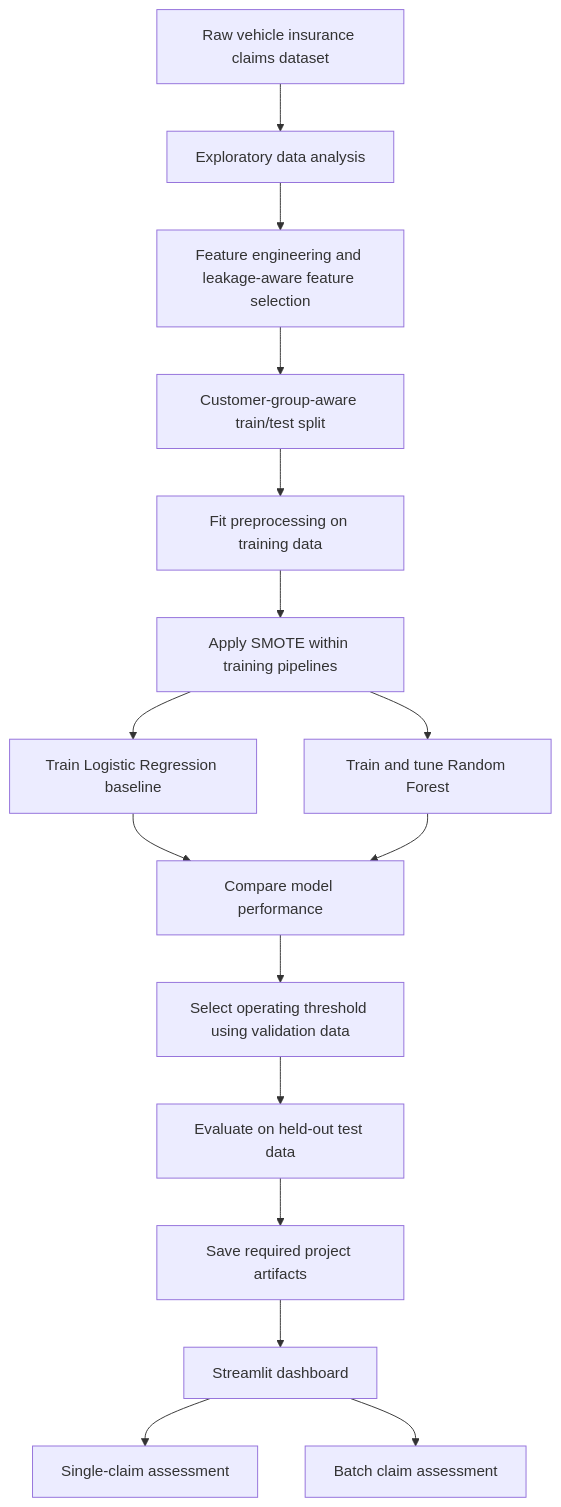
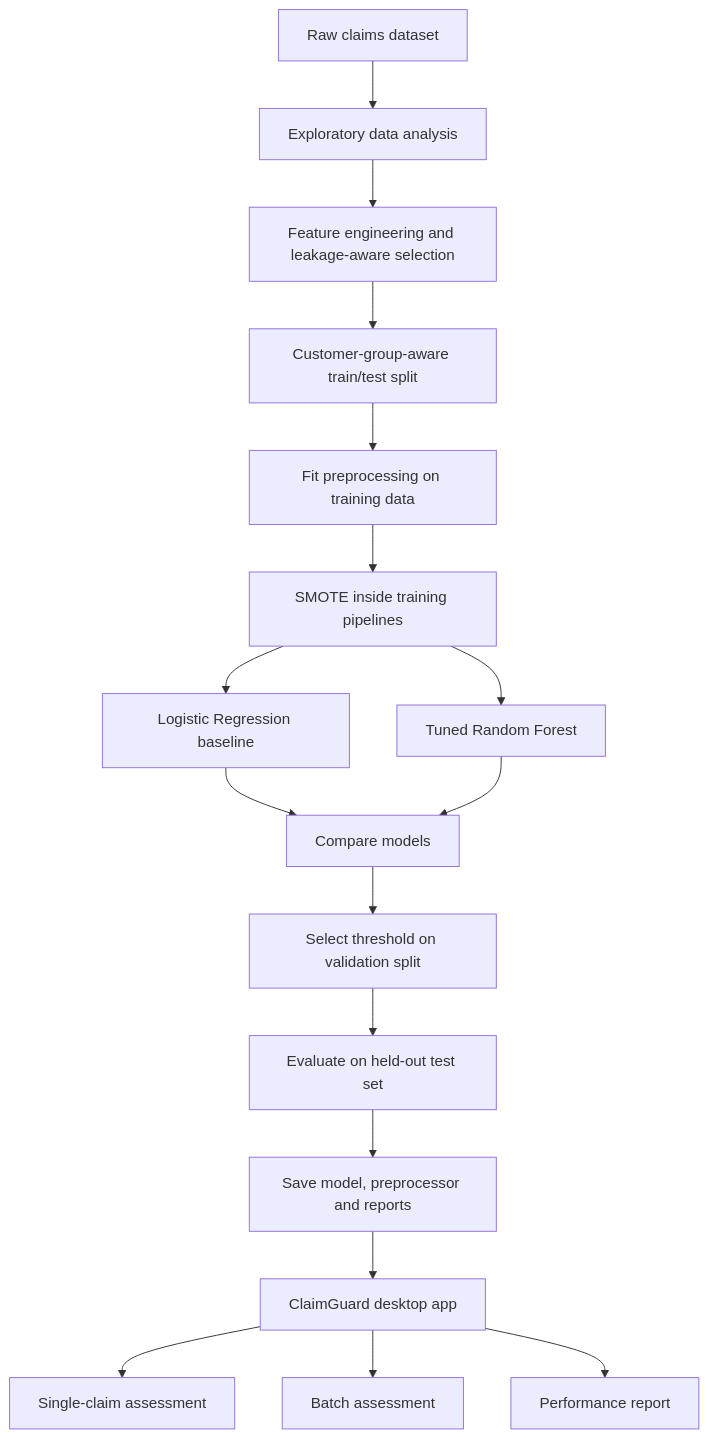
One commit to U-Shashank-2007/Vehicle-Insurance-Claim-Fraud-Risk-Classification-System changed the diagram in README.md. Above: the diagram before and after it, drawn with Mermaid. The commit also changed other lines of this file and 4 other files, not shown here.

Commit message:
refactor: change app from Streamlit to Pyside6 Qt and modify docs

````diff
--- a/README.md
+++ b/README.md
@@ -132,18 +96,19 @@
 ```mermaid
 flowchart TD
-    A[Raw vehicle insurance claims dataset] --> B[Exploratory data analysis]
-    B --> C[Feature engineering and leakage-aware feature selection]
+    A[Raw claims dataset] --> B[Exploratory data analysis]
+    B --> C[Feature engineering and leakage-aware selection]
     C --> D[Customer-group-aware train/test split]
     D --> E[Fit preprocessing on training data]
-    E --> F[Apply SMOTE within training pipelines]
-    F --> G[Train Logistic Regression baseline]
-    F --> H[Train and tune Random Forest]
-    G --> I[Compare model performance]
+    E --> F[SMOTE inside training pipelines]
+    F --> G[Logistic Regression baseline]
+    F --> H[Tuned Random Forest]
+    G --> I[Compare models]
     H --> I
-    I --> J[Select operating threshold using validation data]
-    J --> K[Evaluate on held-out test data]
-    K --> L[Save required project artifacts]
-    L --> M[Streamlit dashboard]
+    I --> J[Select threshold on validation split]
+    J --> K[Evaluate on held-out test set]
+    K --> L[Save model, preprocessor and reports]
+    L --> M[ClaimGuard desktop app]
     M --> N[Single-claim assessment]
-    M --> O[Batch claim assessment]
+    M --> O[Batch assessment]
+    M --> P[Performance report]
 ```
````
